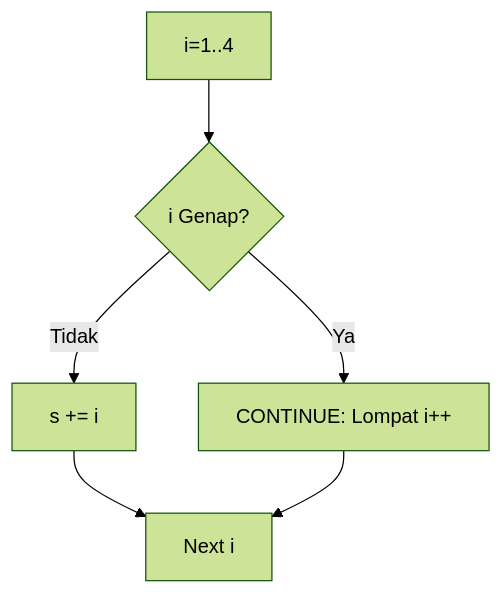
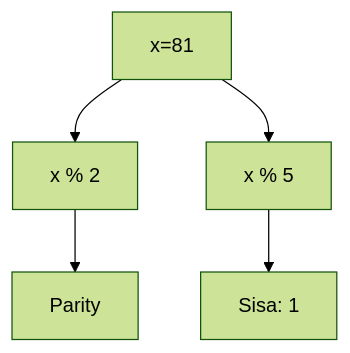
Before and after one commit to amnahwaida/OSNK_INF_PREP: diagram 18 of 25 in part-c-pemahaman-cpp/03-perulangan/latihan/set-02.md, drawn with Mermaid (forest theme). The commit also changed other lines of this file and 71 other files, not shown here.

````diff
--- a/part-c-pemahaman-cpp/03-perulangan/latihan/set-02.md
+++ b/part-c-pemahaman-cpp/03-perulangan/latihan/set-02.md
@@ -559,8 +540,7 @@
 ```mermaid
 graph TD
-    A[i=1..4] --> B{i Genap?}
-    B -- Ya --> C[CONTINUE: Lompat i++]
-    B -- Tidak --> D[s += i]
-    D --> E[Next i]
-    C --> E
+A[x=81] --> B[x % 2]
+B --> C[Parity]
+A --> D[x % 5]
+D --> E[Sisa: 1]
 ```
````
